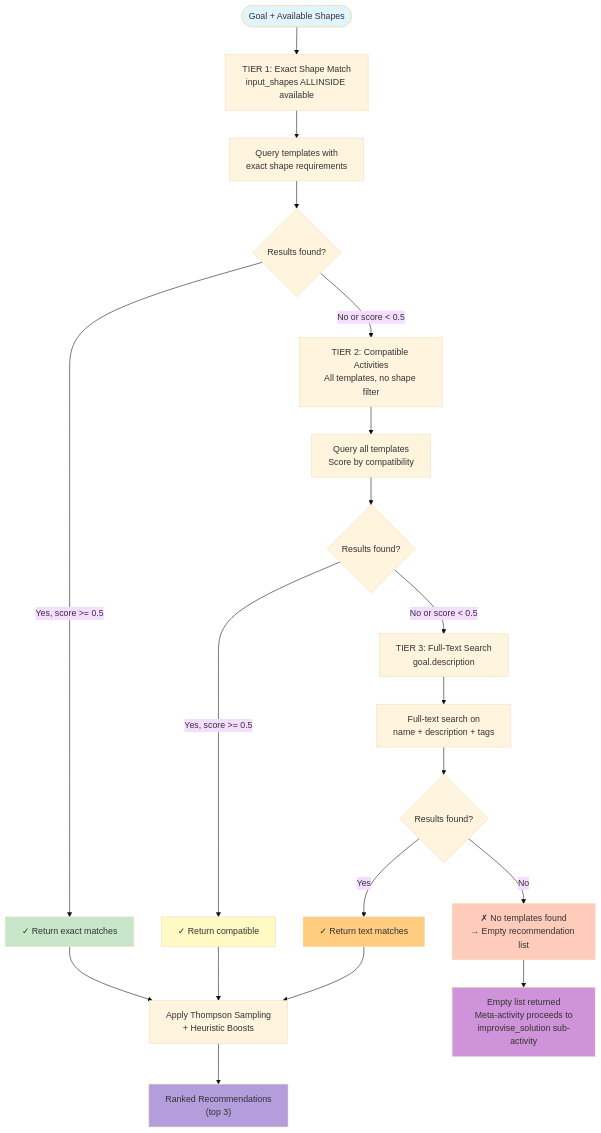
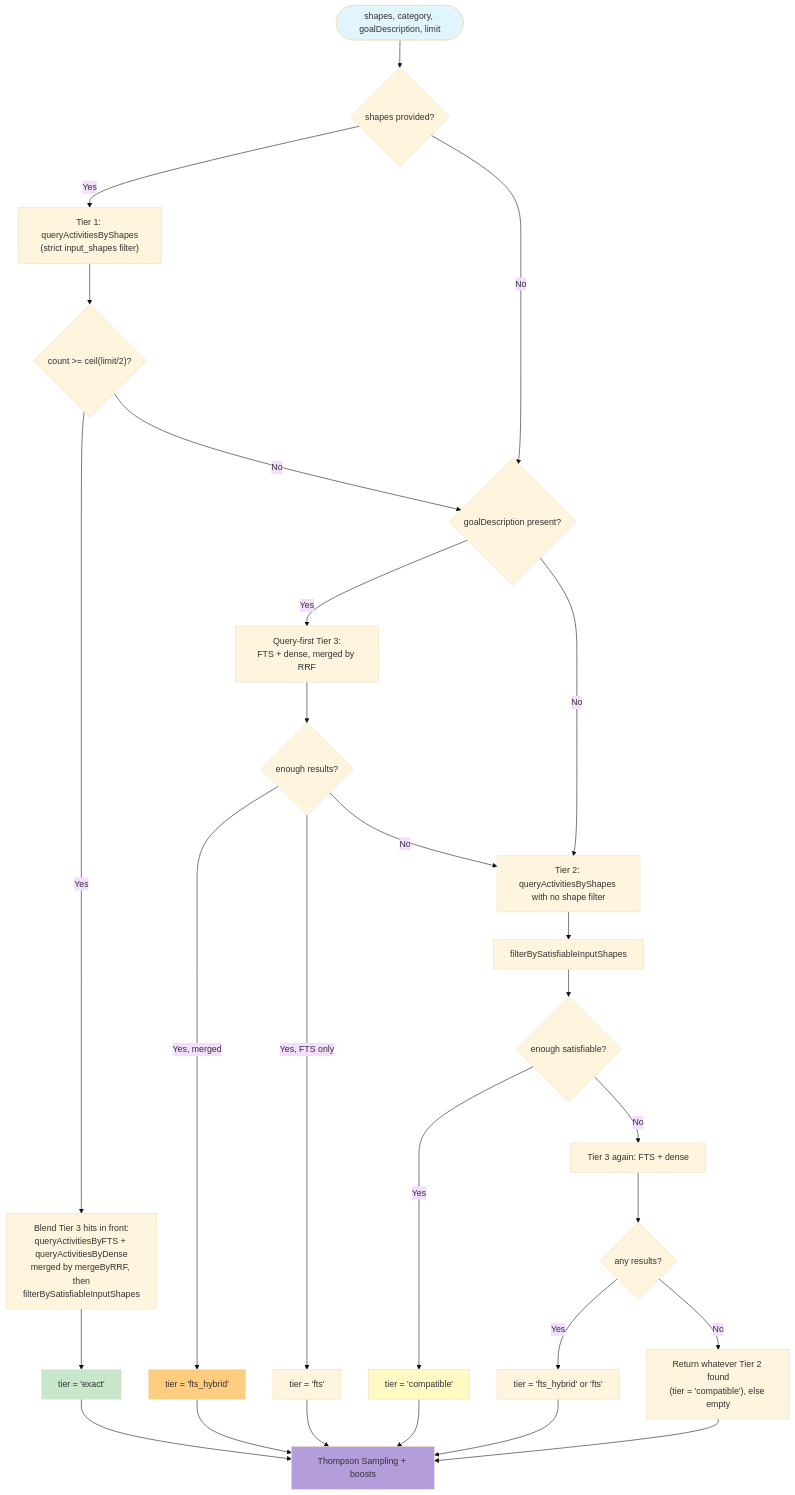
The fifth of 5 diagrams in docs/architecture/sequences/01-activity-selection.md (AviGopal/substrate), drawn with Mermaid (base theme) before and after one commit. The commit also changed other lines of this file and 43 other files, not shown here.

````diff
--- a/docs/architecture/sequences/01-activity-selection.md
+++ b/docs/architecture/sequences/01-activity-selection.md
@@ -387,38 +225,42 @@
 ```mermaid
 graph TD
-    Start([Goal + Available Shapes]) --> Tier1["TIER 1: Exact Shape Match<br/>input_shapes ALLINSIDE available"]
+    Start([shapes, category, goalDescription, limit]) --> T1{"shapes provided?"}
 
-    Tier1 --> T1Query["Query templates with<br/>exact shape requirements"]
-    T1Query --> T1Results{Results found?}
+    T1 -->|Yes| Q1["Tier 1: queryActivitiesByShapes<br/>(strict input_shapes filter)"]
+    T1 -->|No| QHead
 
-    T1Results -->|Yes, score >= 0.5| T1Success["✓ Return exact matches"]
-    T1Results -->|No or score < 0.5| Tier2["TIER 2: Compatible Activities<br/>All templates, no shape filter"]
+    Q1 --> C1{"count >= ceil(limit/2)?"}
+    C1 -->|Yes| Blend["Blend Tier 3 hits in front:<br/>queryActivitiesByFTS + queryActivitiesByDense<br/>merged by mergeByRRF, then<br/>filterBySatisfiableInputShapes"]
+    Blend --> R1["tier = 'exact'"]
+    C1 -->|No| QHead
 
-    Tier2 --> T2Query["Query all templates<br/>Score by compatibility"]
-    T2Query --> T2Results{Results found?}
+    QHead{"goalDescription present?"} -->|Yes| Q3F["Query-first Tier 3:<br/>FTS + dense, merged by RRF"]
+    QHead -->|No| Q2
 
-    T2Results -->|Yes, score >= 0.5| T2Success["✓ Return compatible"]
-    T2Results -->|No or score < 0.5| Tier3["TIER 3: Full-Text Search<br/>goal.description"]
+    Q3F --> C3F{"enough results?"}
+    C3F -->|Yes, merged| R3H["tier = 'fts_hybrid'"]
+    C3F -->|Yes, FTS only| R3["tier = 'fts'"]
+    C3F -->|No| Q2
 
-    Tier3 --> T3Query["Full-text search on<br/>name + description + tags"]
-    T3Query --> T3Results{Results found?}
+    Q2["Tier 2: queryActivitiesByShapes with no shape filter"] --> F2["filterBySatisfiableInputShapes"]
+    F2 --> C2{"enough satisfiable?"}
+    C2 -->|Yes| R2["tier = 'compatible'"]
+    C2 -->|No| Q3["Tier 3 again: FTS + dense"]
 
-    T3Results -->|Yes| T3Success["✓ Return text matches"]
-    T3Results -->|No| NoMatch["✗ No templates found<br/>→ Empty recommendation list"]
+    Q3 --> C3{"any results?"}
+    C3 -->|Yes| R3B["tier = 'fts_hybrid' or 'fts'"]
+    C3 -->|No| R2B["Return whatever Tier 2 found<br/>(tier = 'compatible'), else empty"]
 
-    T1Success --> ThompsonSampling["Apply Thompson Sampling<br/>+ Heuristic Boosts"]
-    T2Success --> ThompsonSampling
-    T3Success --> ThompsonSampling
-
-    ThompsonSampling --> Ranked["Ranked Recommendations<br/>(top 3)"]
-
-    NoMatch --> EmptyList["Empty list returned<br/>Meta-activity proceeds to<br/>improvise_solution sub-activity"]
+    R1 --> TS["Thompson Sampling + boosts"]
+    R2 --> TS
+    R2B --> TS
+    R3 --> TS
+    R3H --> TS
+    R3B --> TS
 
     style Start fill:#e1f5ff
-    style T1Success fill:#c8e6c9
-    style T2Success fill:#fff9c4
-    style T3Success fill:#ffcc80
-    style NoMatch fill:#ffccbc
-    style Ranked fill:#b39ddb
-    style EmptyList fill:#ce93d8
+    style R1 fill:#c8e6c9
+    style R2 fill:#fff9c4
+    style R3H fill:#ffcc80
+    style TS fill:#b39ddb
 ```
````
